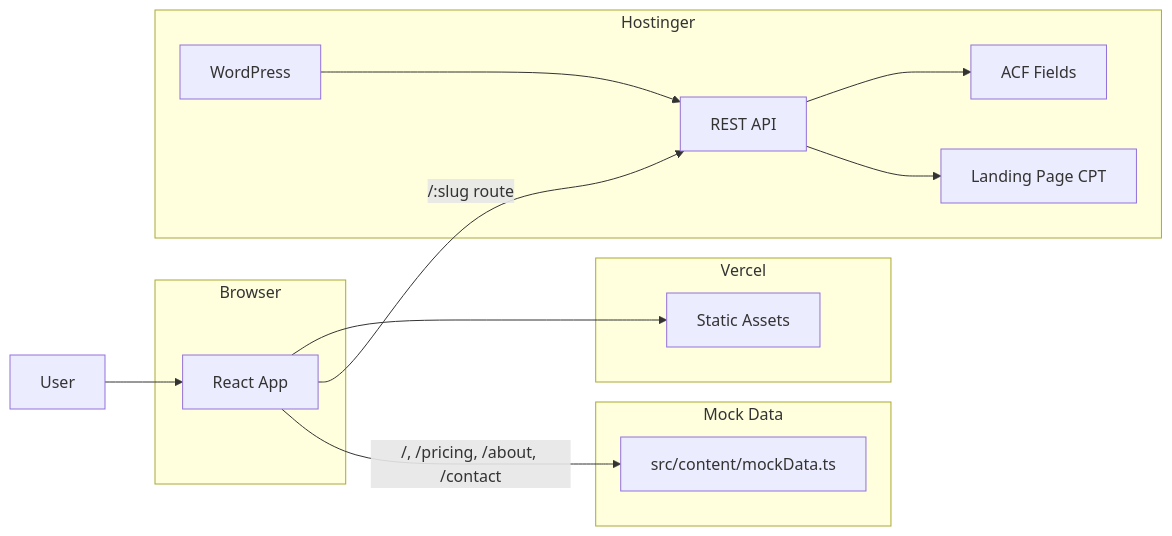
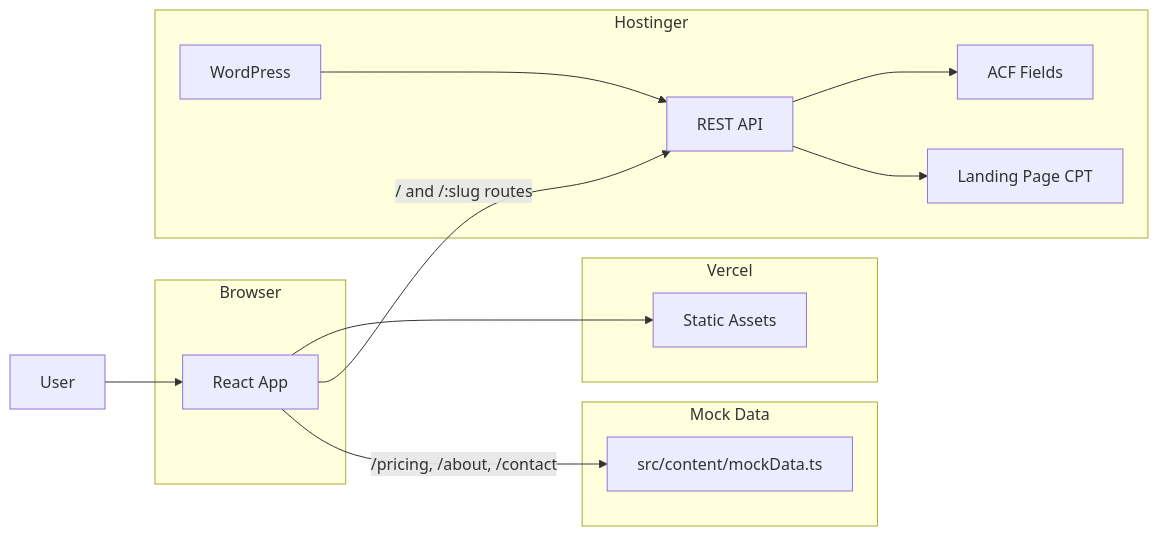
One commit to harsh20/ccsprowebsite changed the first of 5 diagrams in architecture.md. Above: the diagram before and after it, drawn with Mermaid. The commit also changed other lines of this file and 15 other files, not shown here.

````diff
--- a/architecture.md
+++ b/architecture.md
@@ -9,25 +9,25 @@
 ```mermaid
 flowchart LR
     subgraph client [Browser]
         App[React App]
     end
     subgraph frontend_host [Vercel]
         Static[Static Assets]
     end
     subgraph cms_host [Hostinger]
         WP[WordPress]
         REST[REST API]
         ACF[ACF Fields]
         CPT[Landing Page CPT]
     end
     subgraph mock [Mock Data]
         MockTS["src/content/mockData.ts"]
     end
     User[User] --> App
     App --> Static
-    App -->|"/:slug route"| REST
-    App -->|"/, /pricing, /about, /contact"| MockTS
+    App -->|"/ and /:slug routes"| REST
+    App -->|"/pricing, /about, /contact"| MockTS
     WP --> REST
     REST --> ACF
     REST --> CPT
 ```
````
